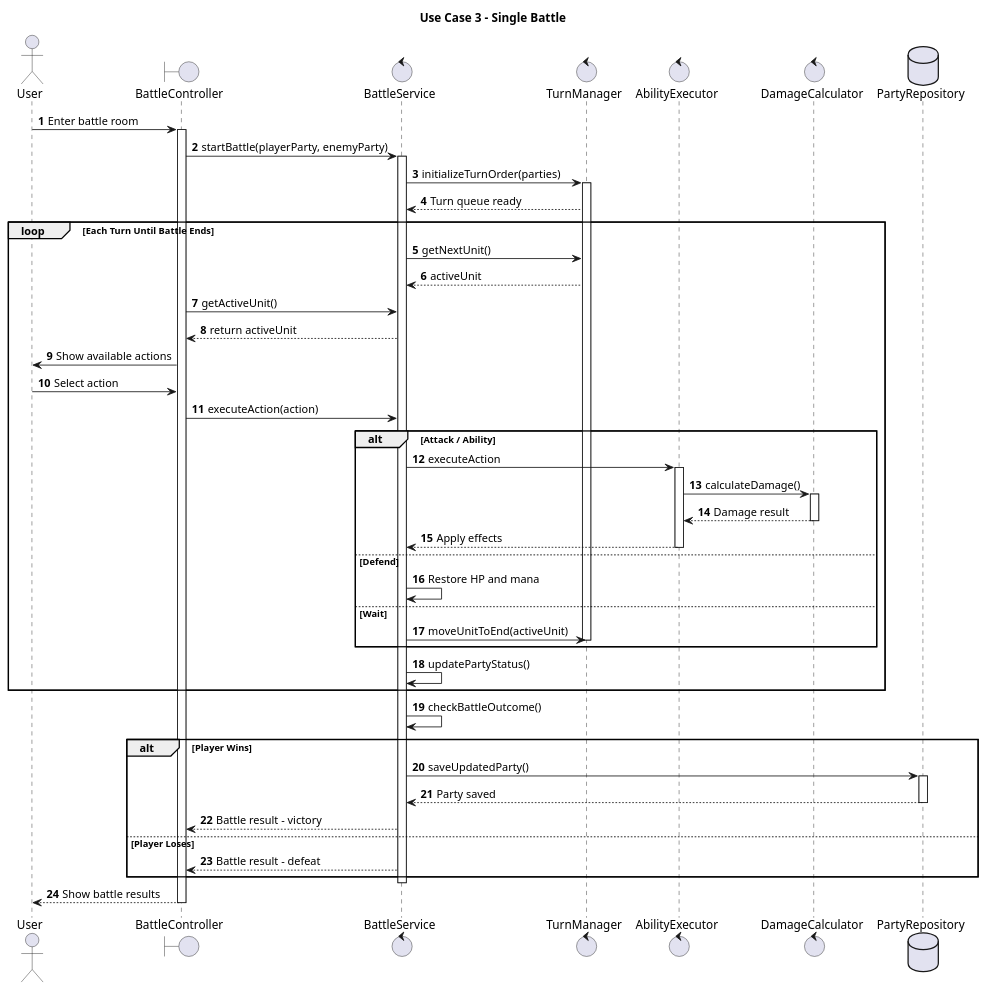
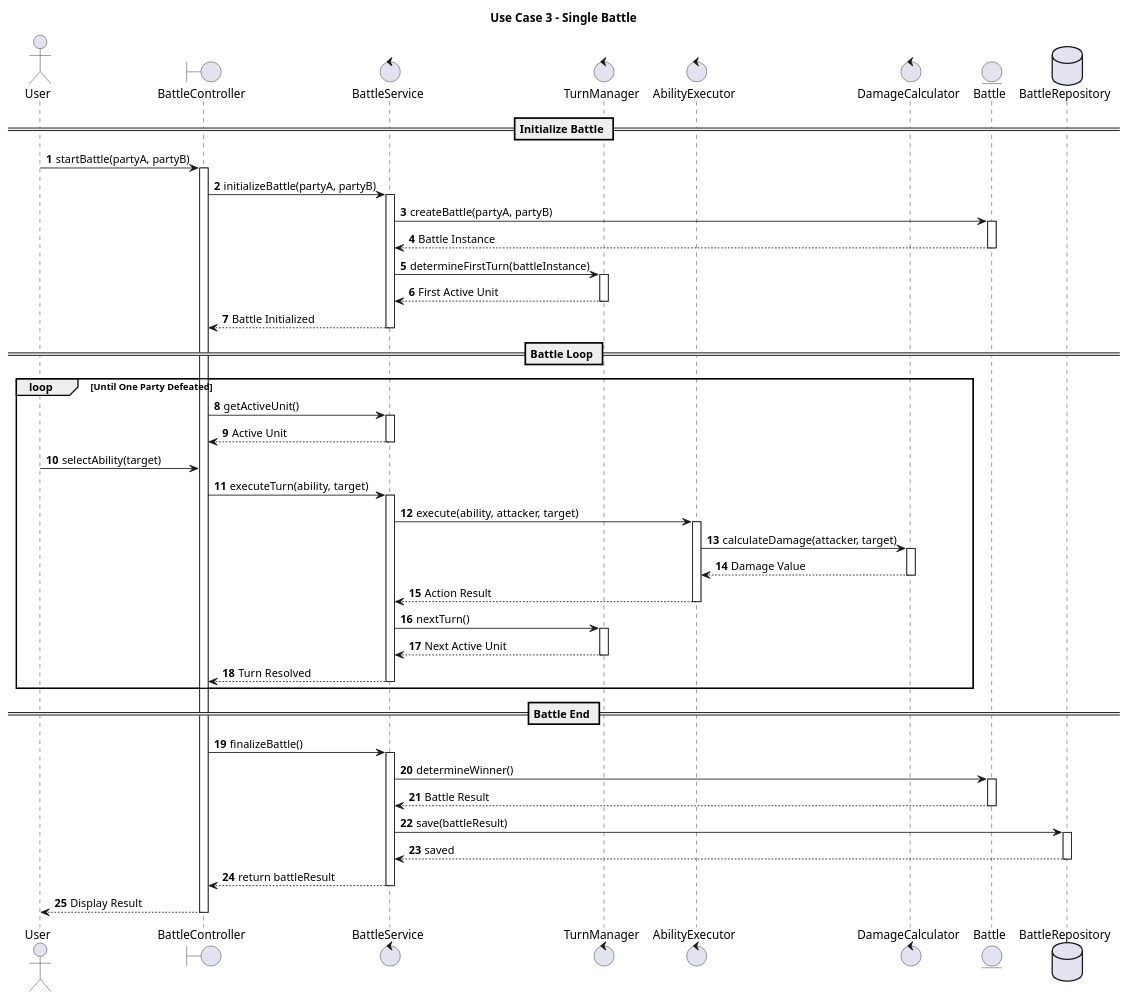
One commit to MohammedPatel-yorku/LegendsOfSwordAndWand changed the diagram in Sequence Diagrams/Use Case 3_Single Battle.puml. Above: the diagram before and after it, drawn with PlantUML. The commit also changed 7 other files, not shown here.

Commit message:
Diagram Adjustments

```diff
--- a/Sequence Diagrams/Use Case 3_Single Battle.puml
+++ b/Sequence Diagrams/Use Case 3_Single Battle.puml
@@ -1,79 +1,95 @@
 @startuml
 'https://plantuml.com/sequence-diagram
 
 autonumber
 
 title Use Case 3 - Single Battle
 
 actor User
+
 boundary BattleController
 control BattleService
 control TurnManager
 control AbilityExecutor
 control DamageCalculator
-database PartyRepository
+entity Battle
+database BattleRepository
 
-User -> BattleController: Enter battle room
+== Initialize Battle ==
+
+User -> BattleController: startBattle(partyA, partyB)
 activate BattleController
 
-BattleController -> BattleService: startBattle(playerParty, enemyParty)
+BattleController -> BattleService: initializeBattle(partyA, partyB)
 activate BattleService
 
-BattleService -> TurnManager: initializeTurnOrder(parties)
+BattleService -> Battle: createBattle(partyA, partyB)
+activate Battle
+Battle --> BattleService: Battle Instance
+deactivate Battle
+
+BattleService -> TurnManager: determineFirstTurn(battleInstance)
 activate TurnManager
-TurnManager --> BattleService: Turn queue ready
+TurnManager --> BattleService: First Active Unit
+deactivate TurnManager
 
-loop Each Turn Until Battle Ends
-    BattleService -> TurnManager: getNextUnit()
-    TurnManager --> BattleService: activeUnit
+BattleService --> BattleController: Battle Initialized
+deactivate BattleService
+
+== Battle Loop ==
+
+loop Until One Party Defeated
 
     BattleController -> BattleService: getActiveUnit()
-    BattleService --> BattleController: return activeUnit
-    BattleController -> User: Show available actions
+    activate BattleService
+    BattleService --> BattleController: Active Unit
+    deactivate BattleService
 
-    User -> BattleController: Select action
-    BattleController -> BattleService: executeAction(action)
+    User -> BattleController: selectAbility(target)
 
-    alt Attack / Ability
-        BattleService -> AbilityExecutor: executeAction
-        activate AbilityExecutor
-        AbilityExecutor -> DamageCalculator: calculateDamage()
-        activate DamageCalculator
+    BattleController -> BattleService: executeTurn(ability, target)
+    activate BattleService
 
-        DamageCalculator --> AbilityExecutor: Damage result
-        deactivate DamageCalculator
-        AbilityExecutor --> BattleService: Apply effects
-        deactivate AbilityExecutor
+    BattleService -> AbilityExecutor: execute(ability, attacker, target)
+    activate AbilityExecutor
 
-    else Defend
-        BattleService -> BattleService: Restore HP and mana
+    AbilityExecutor -> DamageCalculator: calculateDamage(attacker, target)
+    activate DamageCalculator
+    DamageCalculator --> AbilityExecutor: Damage Value
+    deactivate DamageCalculator
 
-    else Wait
-        BattleService -> TurnManager: moveUnitToEnd(activeUnit)
-        deactivate TurnManager
-    end
+    AbilityExecutor --> BattleService: Action Result
+    deactivate AbilityExecutor
 
-    BattleService -> BattleService: updatePartyStatus()
+    BattleService -> TurnManager: nextTurn()
+    activate TurnManager
+    TurnManager --> BattleService: Next Active Unit
+    deactivate TurnManager
+
+    BattleService --> BattleController: Turn Resolved
+    deactivate BattleService
+
 end
 
-BattleService -> BattleService: checkBattleOutcome()
+== Battle End ==
 
-alt Player Wins
-    BattleService -> PartyRepository: saveUpdatedParty()
-    activate PartyRepository
+BattleController -> BattleService: finalizeBattle()
+activate BattleService
 
-    PartyRepository --> BattleService: Party saved
-    deactivate PartyRepository
+BattleService -> Battle: determineWinner()
+activate Battle
+Battle --> BattleService: Battle Result
+deactivate Battle
 
-    BattleService --> BattleController: Battle result - victory
+BattleService -> BattleRepository: save(battleResult)
+activate BattleRepository
+BattleRepository --> BattleService: saved
+deactivate BattleRepository
 
-else Player Loses
-    BattleService --> BattleController: Battle result - defeat
-end
-
+BattleService --> BattleController: return battleResult
 deactivate BattleService
 
-BattleController --> User: Show battle results
+BattleController --> User: Display Result
 deactivate BattleController
 
 @enduml
```
